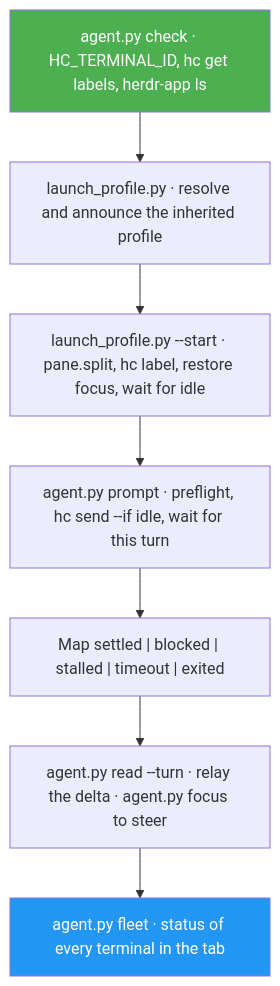
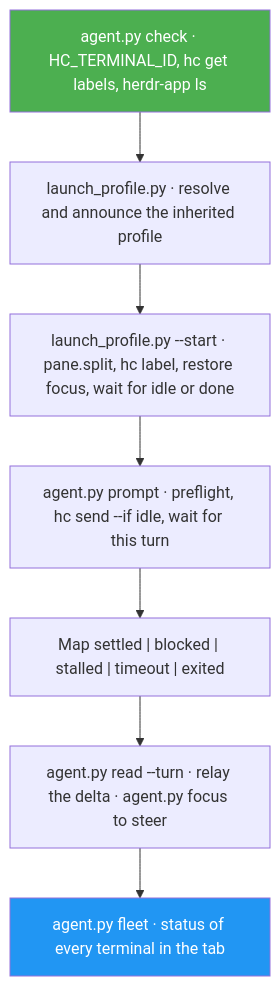
One commit to luongnv89/skills changed the diagram in meta/hc-agent/docs/README.md. Above: the diagram before and after it, drawn with Mermaid. The commit also changed other lines of this file and 5 other files, not shown here.

````diff
--- a/meta/hc-agent/docs/README.md
+++ b/meta/hc-agent/docs/README.md
@@ -36,11 +36,11 @@
 ```mermaid
 graph TD
     A["agent.py check · HC_TERMINAL_ID, hc get labels, herdr-app ls"] --> B["launch_profile.py · resolve and announce the inherited profile"]
-    B --> C["launch_profile.py --start · pane.split, hc label, restore focus, wait for idle"]
+    B --> C["launch_profile.py --start · pane.split, hc label, restore focus, wait for idle or done"]
     C --> D["agent.py prompt · preflight, hc send --if idle, wait for this turn"]
     D --> E["Map settled | blocked | stalled | timeout | exited"]
     E --> F["agent.py read --turn · relay the delta · agent.py focus to steer"]
     F --> G["agent.py fleet · status of every terminal in the tab"]
     style A fill:#4CAF50,color:#fff
     style G fill:#2196F3,color:#fff
 ```
````
